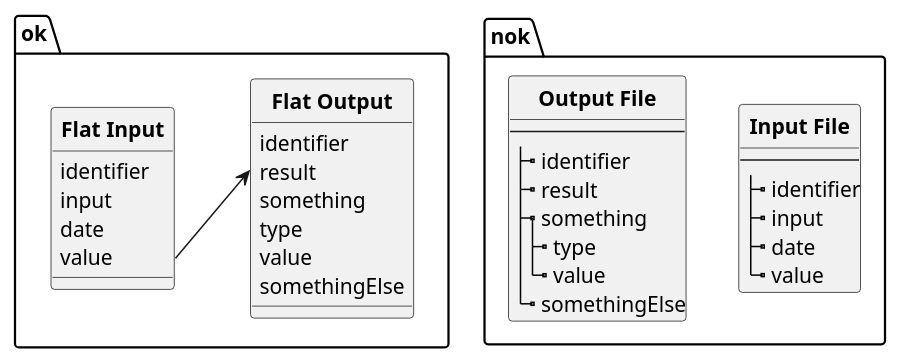
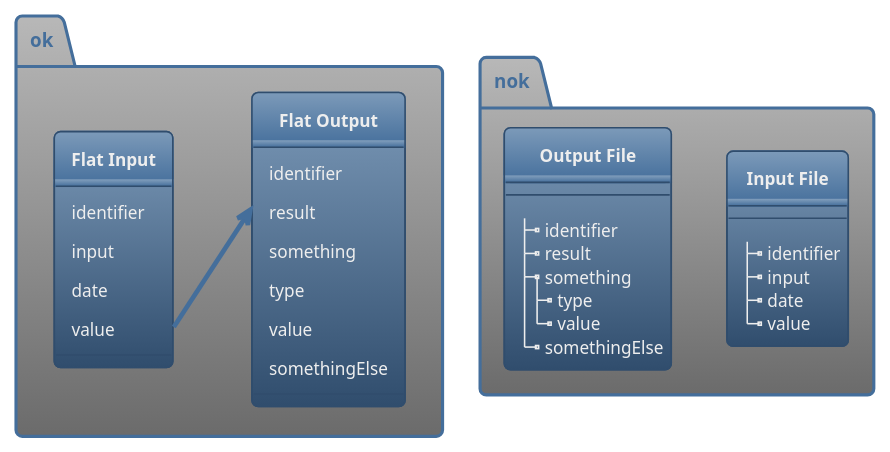
The diagram in filestruct.iuml (amkuipers/plantuml-experiment), drawn with PlantUML before and after one commit.

Commit message:
Update filestruct.iuml
theme added

```diff
--- a/filestruct.iuml
+++ b/filestruct.iuml
@@ -1,48 +1,49 @@
 @startuml
+!theme spacelab
 hide stereotype
 hide circle
 skinparam linetype polyline
 
 package ok{
     class " **Flat Input** " as in2 {
         identifier
         input
         date
         value
     }
 
 
 
     class " **Flat Output** " as out2 {
         identifier 
         result
         something
         type
         value
         somethingElse
     }
 
 in2::value -r-> out2::result
 }
 
 package nok{
     class " **Input File** " as in {
         --
         |_ identifier
         |_ input
         |_ date
         |_ value
     }
 
 
     class " **Output File** " as out {
         --
         |_ identifier 
         |_ result
         |_ something
           |_ type
           |_ value
         |_ somethingElse
     }
 }
 @enduml
```
